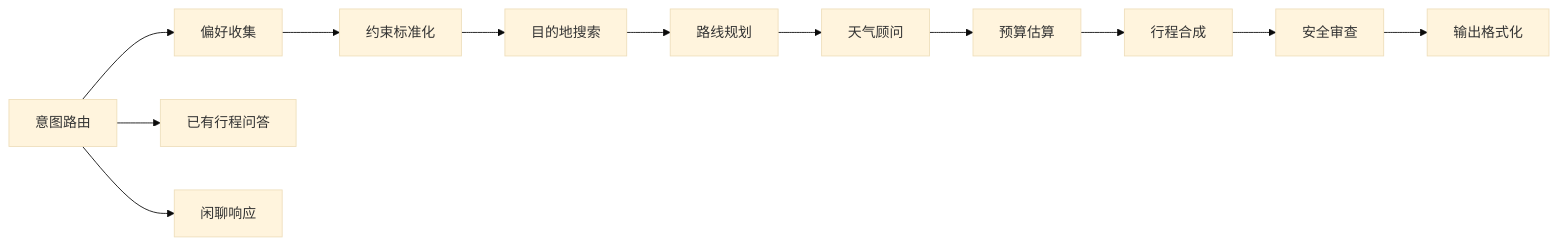
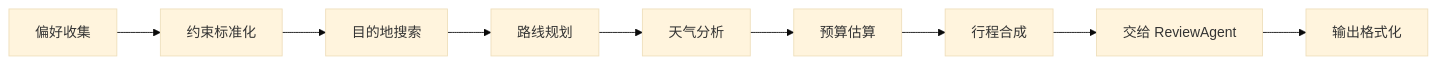
Before and after one commit to Fr0sttt/travel-agent: the second of 3 diagrams in app/public/how-it-works.md, drawn with Mermaid (base theme). The commit also changed other lines of this file, not shown here.

Commit message:
docs: deepen multi-agent travel planning guide

````diff
--- a/app/public/how-it-works.md
+++ b/app/public/how-it-works.md
@@ -161,14 +180,11 @@
 ```mermaid
 flowchart LR
-    A["意图路由"] --> B["偏好收集"]
-    B --> C["约束标准化"]
-    C --> D["目的地搜索"]
-    D --> E["路线规划"]
-    E --> F["天气顾问"]
-    F --> G["预算估算"]
-    G --> H["行程合成"]
-    H --> I["安全审查"]
-    I --> J["输出格式化"]
-    A --> K["已有行程问答"]
-    A --> L["闲聊响应"]
+    A["偏好收集"] --> B["约束标准化"]
+    B --> C["目的地搜索"]
+    C --> D["路线规划"]
+    D --> E["天气分析"]
+    E --> F["预算估算"]
+    F --> G["行程合成"]
+    G --> H["交给 ReviewAgent"]
+    H --> I["输出格式化"]
 ```
````
